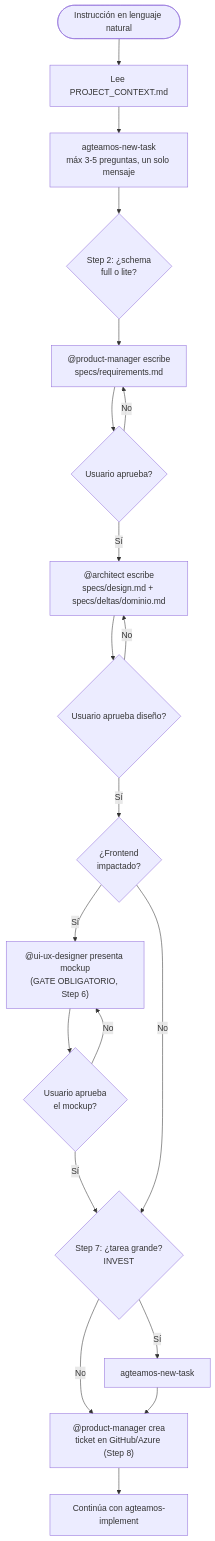
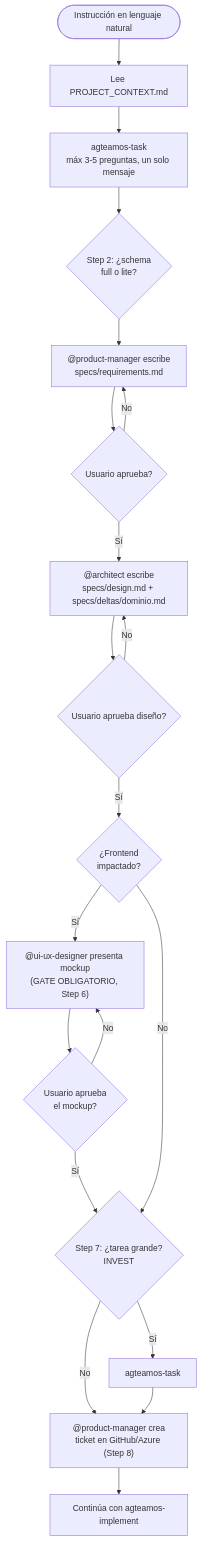
Before and after one commit to EJBereguete/claude-plugins: the first of 2 diagrams in agteamos/docs/guias/crear-y-cerrar-una-tarea.md, drawn with Mermaid. The commit also changed other lines of this file and 53 other files, not shown here.

````diff
--- a/agteamos/docs/guias/crear-y-cerrar-una-tarea.md
+++ b/agteamos/docs/guias/crear-y-cerrar-una-tarea.md
@@ -16,22 +16,22 @@
 ```mermaid
 flowchart TD
     START([Instrucción en lenguaje natural]) --> CTX[Lee PROJECT_CONTEXT.md]
-    CTX --> CLARIFY["agteamos-new-task\nmáx 3-5 preguntas, un solo mensaje"]
+    CTX --> CLARIFY["agteamos-task\nmáx 3-5 preguntas, un solo mensaje"]
     CLARIFY --> SCHEMA{"Step 2: ¿schema\nfull o lite?"}
     SCHEMA --> PO["@product-manager escribe\nspecs/requirements.md"]
     PO --> GATE1{Usuario aprueba?}
     GATE1 -->|No| PO
     GATE1 -->|Sí| DES["@architect escribe\nspecs/design.md + specs/deltas/dominio.md"]
     DES --> GATE2{Usuario aprueba diseño?}
     GATE2 -->|No| DES
     GATE2 -->|Sí| FEQ{"¿Frontend\nimpactado?"}
     FEQ -->|Sí| MOCKUP["@ui-ux-designer presenta mockup\n(GATE OBLIGATORIO, Step 6)"]
     MOCKUP --> GATE3{Usuario aprueba\nel mockup?}
     GATE3 -->|No| MOCKUP
     GATE3 -->|Sí| INVEST
     FEQ -->|No| INVEST{"Step 7: ¿tarea grande?\nINVEST"}
-    INVEST -->|Sí| SPLIT[agteamos-new-task]
+    INVEST -->|Sí| SPLIT[agteamos-task]
     INVEST -->|No| TICKET
     SPLIT --> TICKET["@product-manager crea\nticket en GitHub/Azure (Step 8)"]
     TICKET --> F3[Continúa con agteamos-implement]
 ```
````
